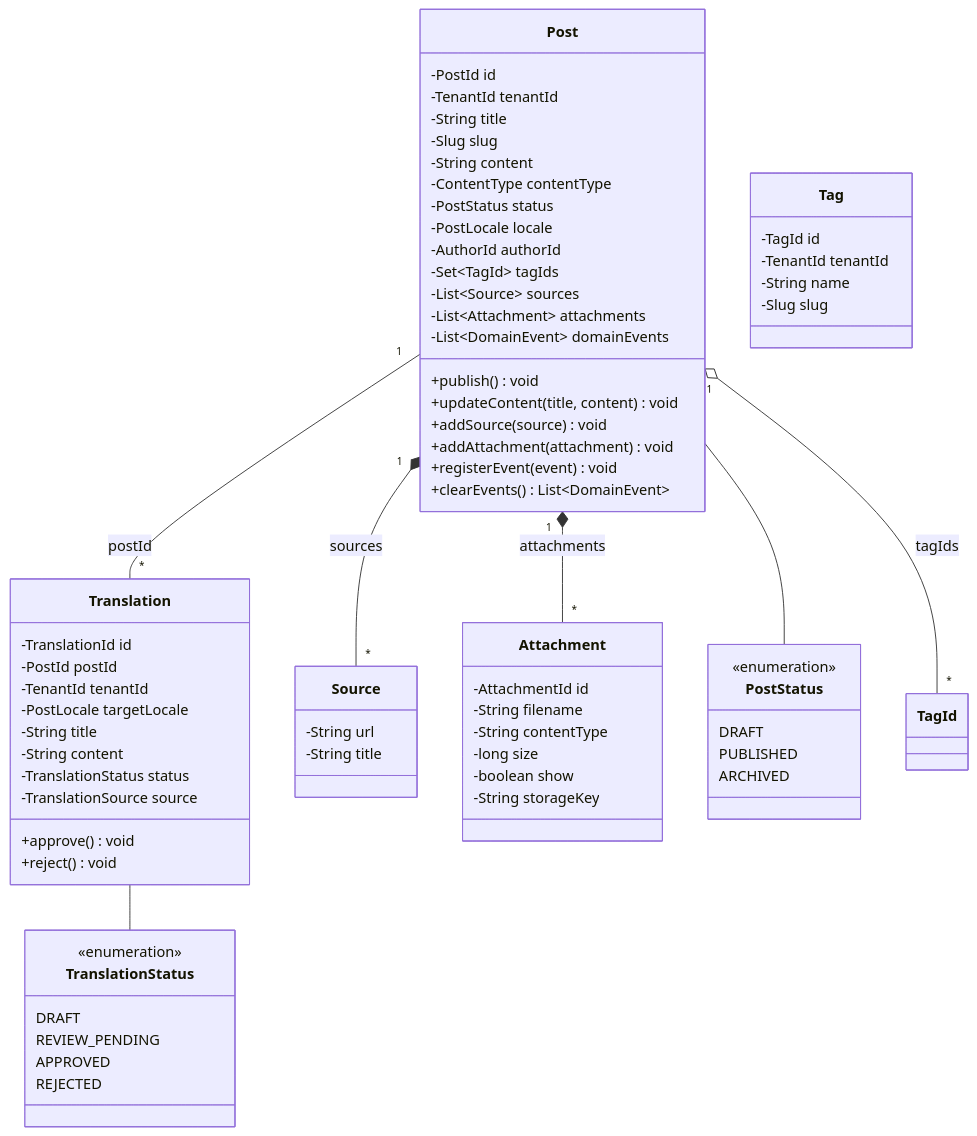
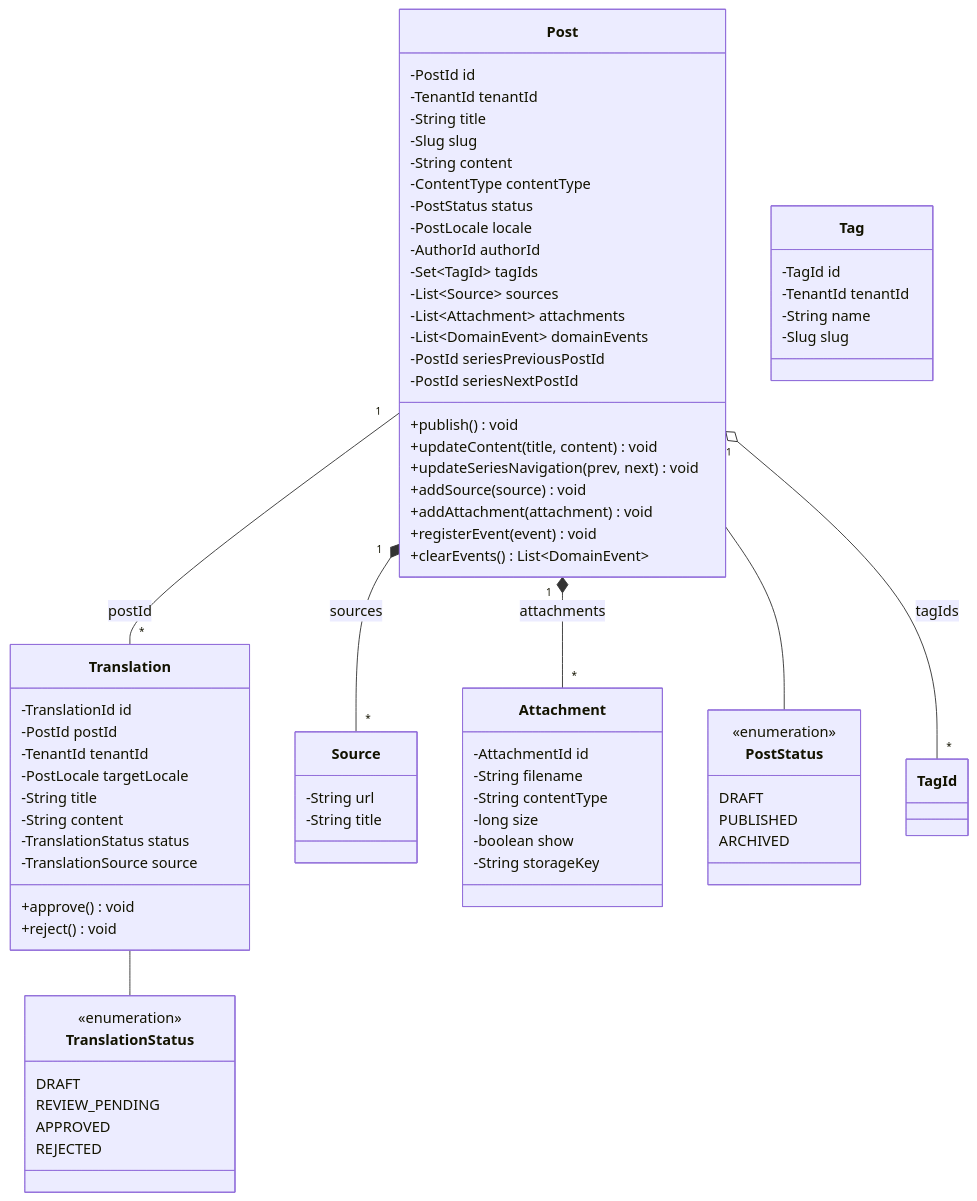
The first of 13 diagrams in docs/design/modules/ROOT/pages/blog-content/index.adoc (tomirgang/tomsblog), drawn with Mermaid before and after one commit. The commit also changed other lines of this file and 31 other files, not shown here.

```diff
--- a/docs/design/modules/ROOT/pages/blog-content/index.adoc
+++ b/docs/design/modules/ROOT/pages/blog-content/index.adoc
@@ -32,8 +32,11 @@
         -List~Source~ sources
         -List~Attachment~ attachments
         -List~DomainEvent~ domainEvents
+        -PostId seriesPreviousPostId
+        -PostId seriesNextPostId
         +publish() void
         +updateContent(title, content) void
+        +updateSeriesNavigation(prev, next) void
         +addSource(source) void
         +addAttachment(attachment) void
         +registerEvent(event) void
```
